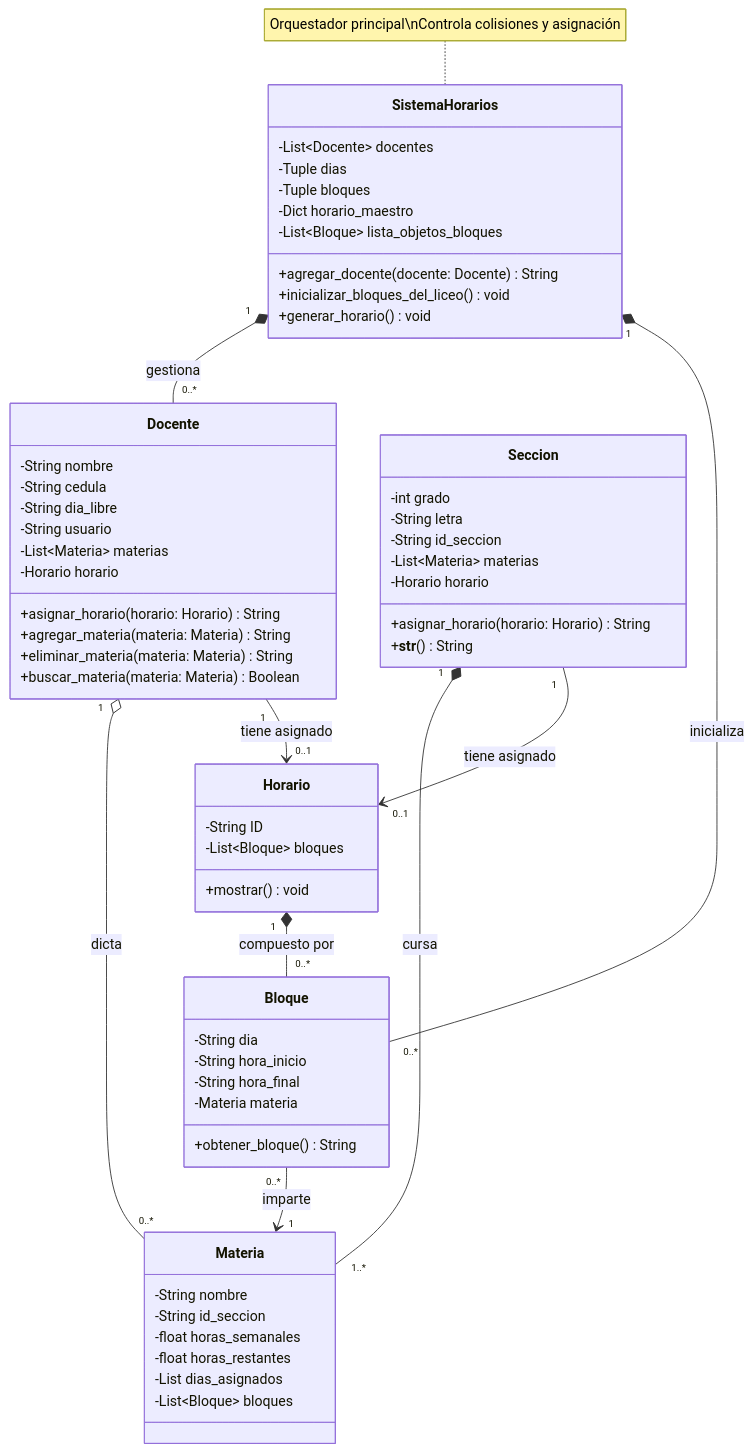
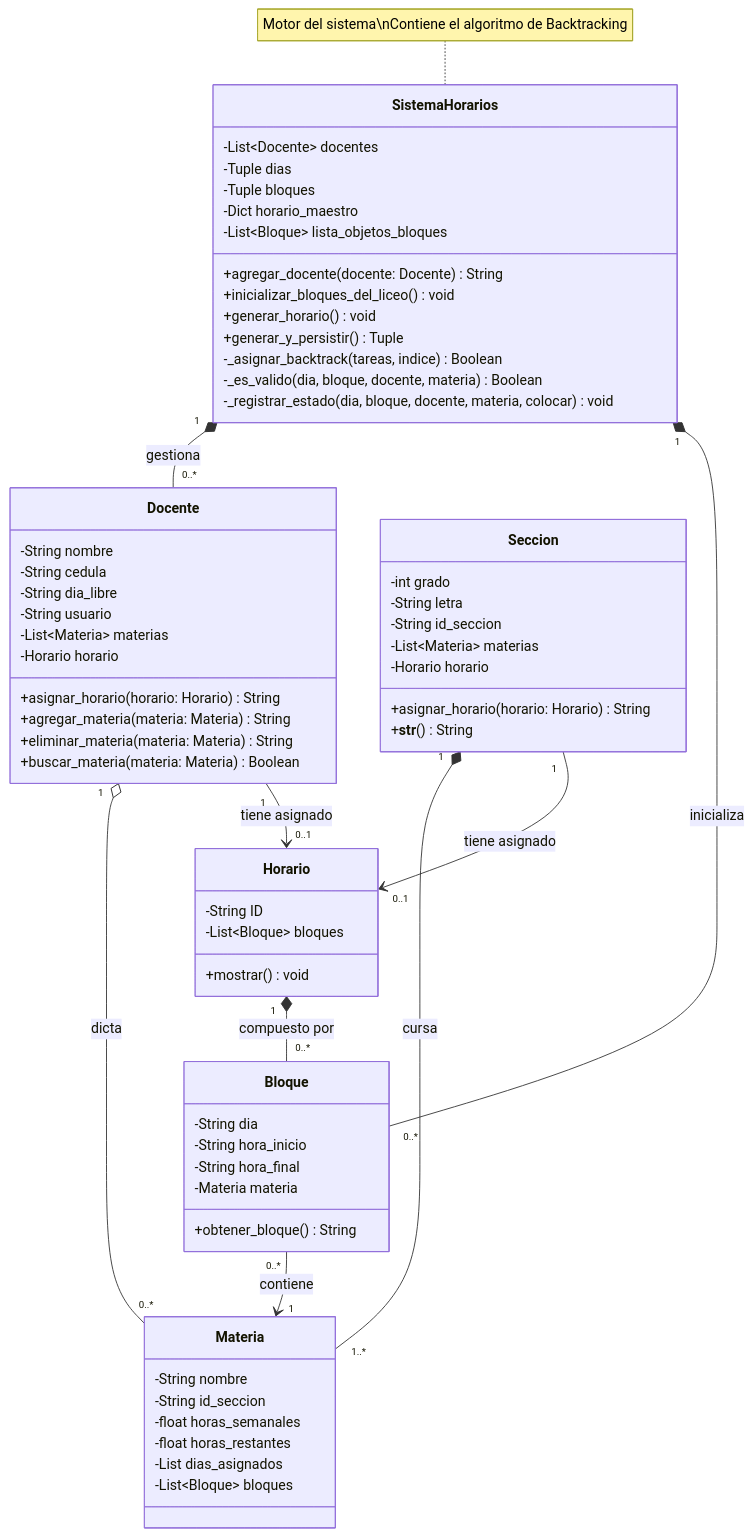
Before and after one commit to Gerardo364/Sistema_Horarios: the diagram in README.md, drawn with Mermaid.

Commit message:
actualizar diagrama de clases en README
Se elimina el diagrama anterior y se integra el UML reflejando una estructura más actualizada y optimizada

````diff
--- a/README.md
+++ b/README.md
@@ -1,81 +1,81 @@
 ```mermaid
 classDiagram
     direction TB
-    
-    %% Notas arquitectónicas opcionales para mayor claridad
-    note for SistemaHorarios "Orquestador principal\nControla colisiones y asignación"
+
+    %% Notas arquitectónicas
+    note for SistemaHorarios "Motor del sistema\nContiene el algoritmo de Backtracking"
 
     class SistemaHorarios {
         -List~Docente~ docentes
         -Tuple dias
         -Tuple bloques
         -Dict horario_maestro
         -List~Bloque~ lista_objetos_bloques
         +agregar_docente(docente: Docente) String
         +inicializar_bloques_del_liceo() void
         +generar_horario() void
+        +generar_y_persistir() Tuple
+        -_asignar_backtrack(tareas, indice) Boolean
+        -_es_valido(dia, bloque, docente, materia) Boolean
+        -_registrar_estado(dia, bloque, docente, materia, colocar) void
     }
 
     class Docente {
         -String nombre
         -String cedula
         -String dia_libre
         -String usuario
         -List~Materia~ materias
         -Horario horario
         +asignar_horario(horario: Horario) String
         +agregar_materia(materia: Materia) String
         +eliminar_materia(materia: Materia) String
         +buscar_materia(materia: Materia) Boolean
     }
 
     class Materia {
         -String nombre
         -String id_seccion
         -float horas_semanales
         -float horas_restantes
         -List dias_asignados
         -List~Bloque~ bloques
     }
 
     class Seccion {
         -int grado
         -String letra
         -String id_seccion
         -List~Materia~ materias
         -Horario horario
         +asignar_horario(horario: Horario) String
         +__str__() String
     }
 
     class Horario {
         -String ID
         -List~Bloque~ bloques
         +mostrar() void
     }
 
     class Bloque {
         -String dia
         -String hora_inicio
         -String hora_final
         -Materia materia
         +obtener_bloque() String
     }
 
-    %% Relaciones con multiplicidad y semántica estricta (Composición vs Agregación)
+    %% Relaciones con multiplicidad y semántica estricta
     SistemaHorarios "1" *-- "0..*" Docente : gestiona
     SistemaHorarios "1" *-- "0..*" Bloque : inicializa
     
-    %% Un docente puede no tener materias (0) o tener muchas (*)
     Docente "1" o-- "0..*" Materia : dicta
-    
-    %% Una sección debe tener al menos 1 materia
     Seccion "1" *-- "1..*" Materia : cursa
     
-    %% Horarios asignados (0..1 significa que puede tenerlo o aún no)
     Docente "1" --> "0..1" Horario : tiene asignado
     Seccion "1" --> "0..1" Horario : tiene asignado
     
     Horario "1" *-- "0..*" Bloque : compuesto por
-    Bloque "0..*" --> "1" Materia : imparte
+    Bloque "0..*" --> "1" Materia : contiene
 ```
````
